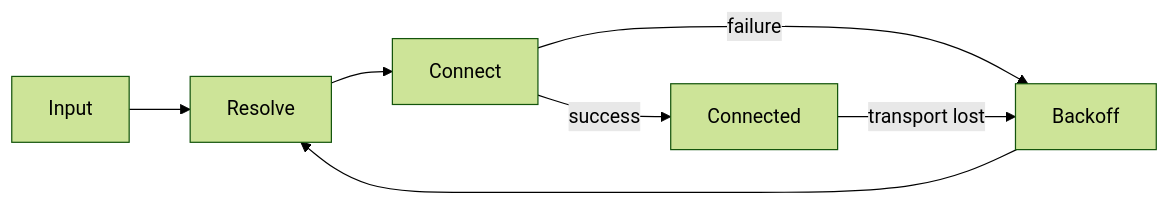
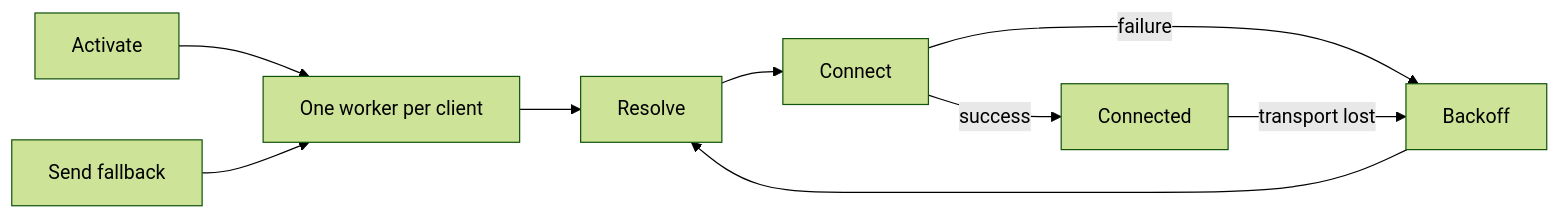
One commit to feschber/lan-mouse changed the first of 3 diagrams in DOC.md. Above: the diagram before and after it, drawn with Mermaid (forest theme). The commit also changed other lines of this file and 2 other files, not shown here.

````diff
--- a/DOC.md
+++ b/DOC.md
@@ -8,9 +10,11 @@
 ```mermaid
 flowchart LR
-    Input --> Resolve
+    Activate --> Worker["One worker per client"]
+    SendFallback["Send fallback"] --> Worker
+    Worker --> Resolve
     Resolve --> Connect
     Connect -->|failure| Backoff
     Backoff --> Resolve
     Connect -->|success| Connected
     Connected -->|transport lost| Backoff
 ```
````
